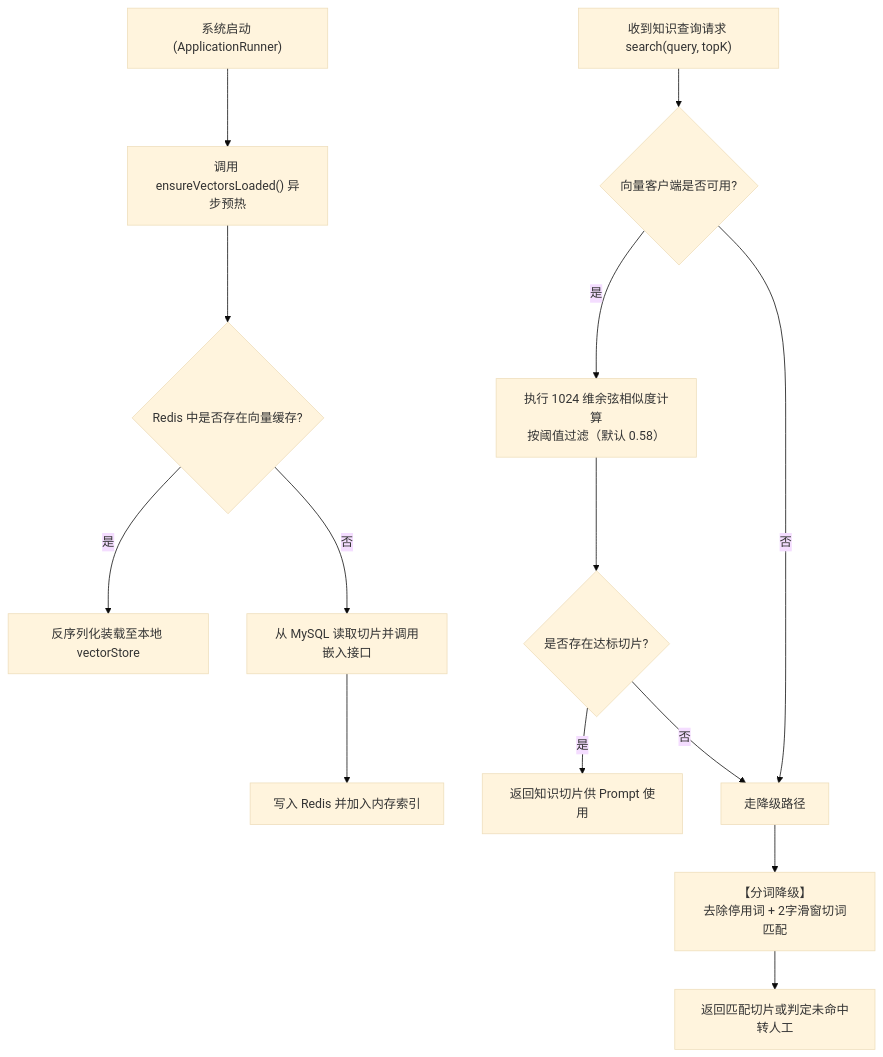
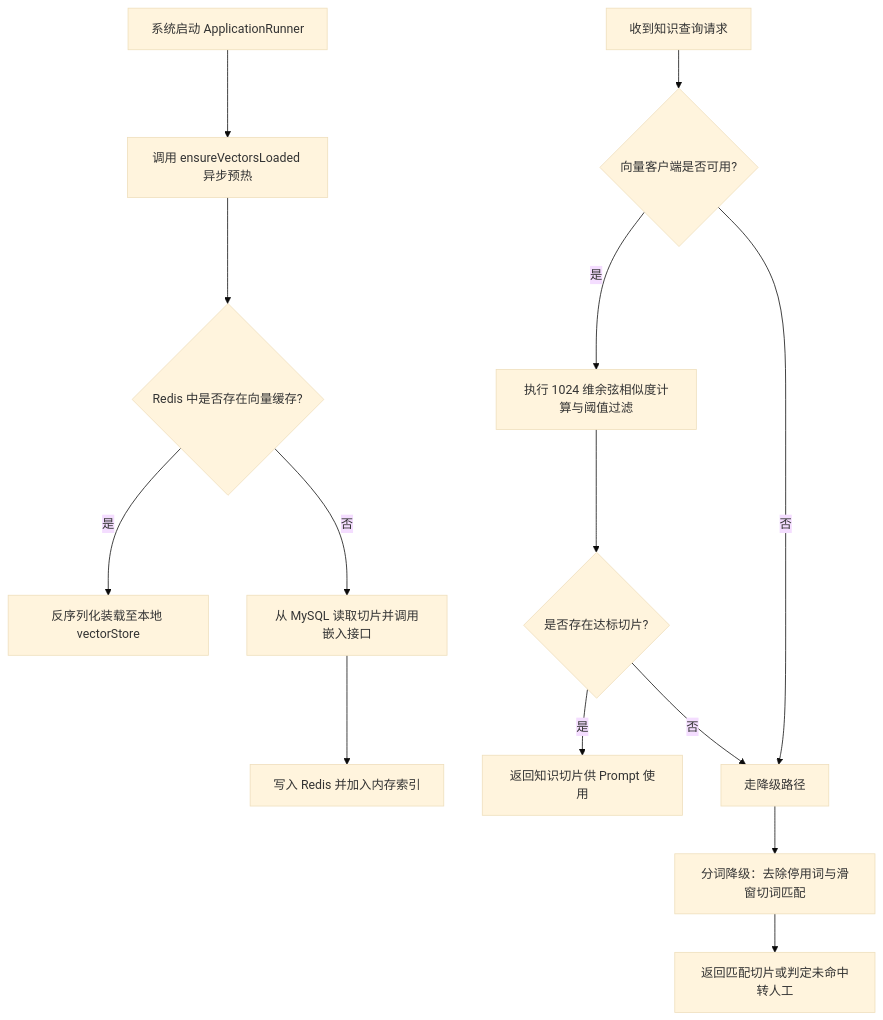
One commit to chuanshanjia666/RentAgent changed the sixth of 8 diagrams in doc/最终答辩成果物/02_项目开发/10.技术调查/技术调查报告.md. Above: the diagram before and after it, drawn with Mermaid (base theme). The commit also changed other lines of this file, not shown here.

````diff
--- a/doc/最终答辩成果物/02_项目开发/10.技术调查/技术调查报告.md
+++ b/doc/最终答辩成果物/02_项目开发/10.技术调查/技术调查报告.md
@@ -275,18 +260,18 @@
 ```mermaid
-flowchart TD
-    Init["系统启动 (ApplicationRunner)"] --> Preload["调用 ensureVectorsLoaded() 异步预热"]
-    Preload --> CheckRedis{"Redis 中是否存在向量缓存?"}
-    CheckRedis -->|是| LoadRedis["反序列化装载至本地 vectorStore"]
-    CheckRedis -->|否| LoadDB["从 MySQL 读取切片并调用嵌入接口"]
-    LoadDB --> CacheToRedis["写入 Redis 并加入内存索引"]
+graph TD
+    Init[系统启动 ApplicationRunner] --> Preload[调用 ensureVectorsLoaded 异步预热]
+    Preload --> CheckRedis{Redis 中是否存在向量缓存?}
+    CheckRedis -->|是| LoadRedis[反序列化装载至本地 vectorStore]
+    CheckRedis -->|否| LoadDB[从 MySQL 读取切片并调用嵌入接口]
+    LoadDB --> CacheToRedis[写入 Redis 并加入内存索引]
     
-    UserQuery["收到知识查询请求 search(query, topK)"] --> CheckEmbedReady{"向量客户端是否可用?"}
-    CheckEmbedReady -->|是| VectorSearch["执行 1024 维余弦相似度计算<br>按阈值过滤（默认 0.58）"]
-    VectorSearch --> HasResult{"是否存在达标切片?"}
-    HasResult -->|是| ReturnContext["返回知识切片供 Prompt 使用"]
-    HasResult -->|否| Fallback["走降级路径"]
+    UserQuery[收到知识查询请求] --> CheckEmbedReady{向量客户端是否可用?}
+    CheckEmbedReady -->|是| VectorSearch[执行 1024 维余弦相似度计算与阈值过滤]
+    VectorSearch --> HasResult{是否存在达标切片?}
+    HasResult -->|是| ReturnContext[返回知识切片供 Prompt 使用]
+    HasResult -->|否| Fallback[走降级路径]
     CheckEmbedReady -->|否| Fallback
     
-    Fallback --> KeywordSearch["【分词降级】<br>去除停用词 + 2字滑窗切词匹配"]
-    KeywordSearch --> Output["返回匹配切片或判定未命中转人工"]
+    Fallback --> KeywordSearch[分词降级：去除停用词与滑窗切词匹配]
+    KeywordSearch --> Output[返回匹配切片或判定未命中转人工]
 ```
````
